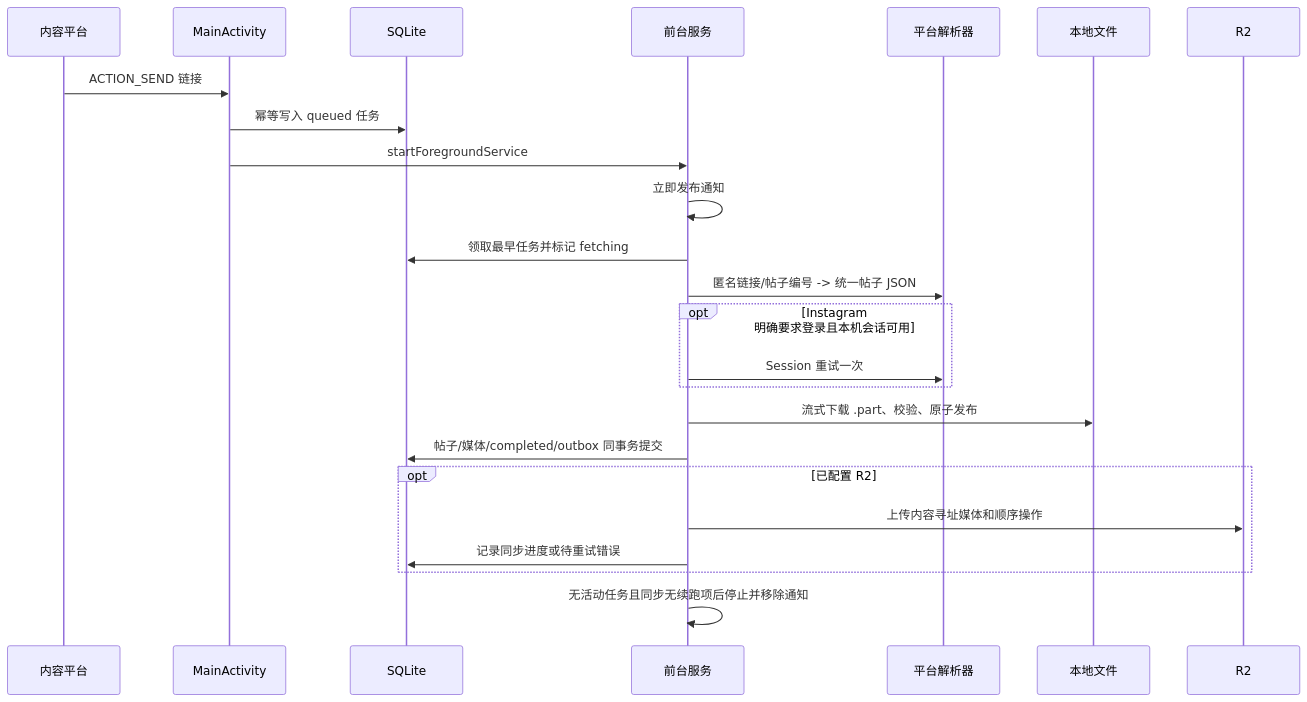
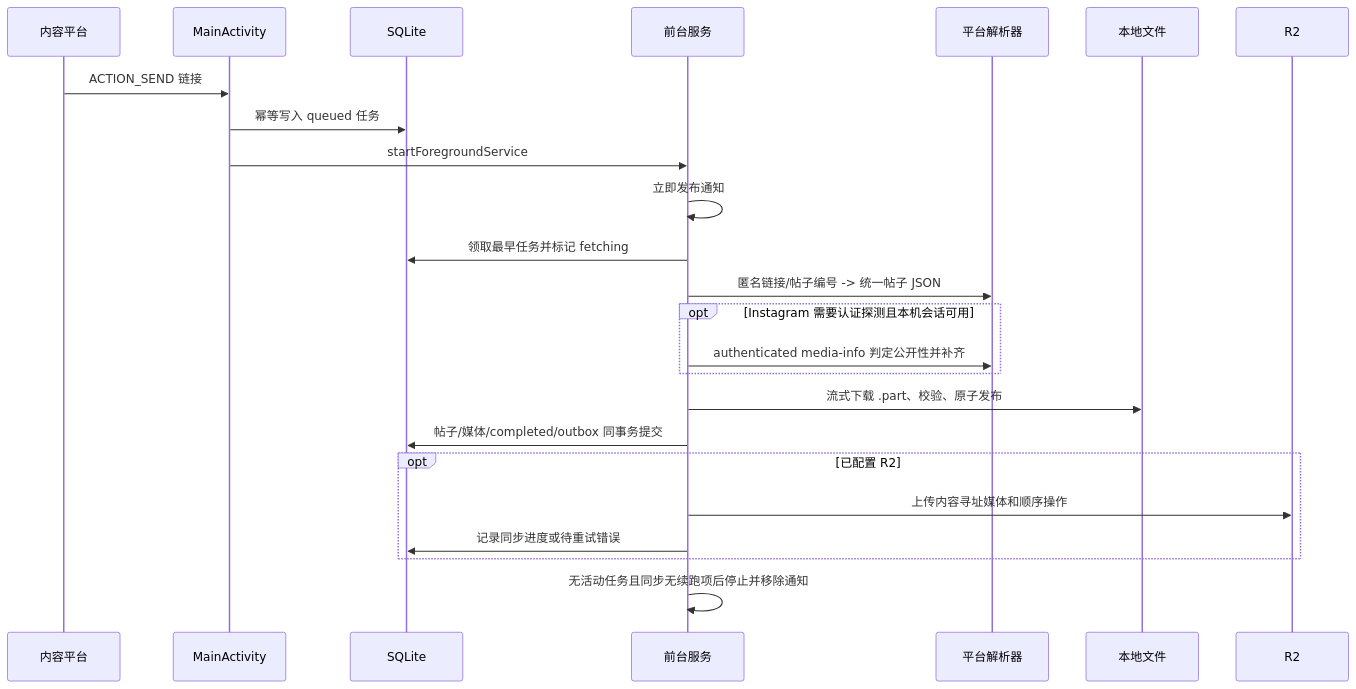
Before and after one commit to arsenalxj/PhotoBook: the second of 2 diagrams in docs/architecture-plan.md, drawn with Mermaid. The commit also changed other lines of this file and 13 other files, not shown here.

````diff
--- a/docs/architecture-plan.md
+++ b/docs/architecture-plan.md
@@ -55,27 +55,27 @@
 ```mermaid
 sequenceDiagram
     participant I as 内容平台
     participant A as MainActivity
     participant D as SQLite
     participant S as 前台服务
     participant P as 平台解析器
     participant F as 本地文件
     participant R as R2
 
     I->>A: ACTION_SEND 链接
     A->>D: 幂等写入 queued 任务
     A->>S: startForegroundService
     S->>S: 立即发布通知
     S->>D: 领取最早任务并标记 fetching
     S->>P: 匿名链接/帖子编号 -> 统一帖子 JSON
-    opt Instagram 明确要求登录且本机会话可用
-        S->>P: Session 重试一次
+    opt Instagram 需要认证探测且本机会话可用
+        S->>P: authenticated media-info 判定公开性并补齐
     end
     S->>F: 流式下载 .part、校验、原子发布
     S->>D: 帖子/媒体/completed/outbox 同事务提交
     opt 已配置 R2
         S->>R: 上传内容寻址媒体和顺序操作
         S->>D: 记录同步进度或待重试错误
     end
     S->>S: 无活动任务且同步无续跑项后停止并移除通知
 ```
````
